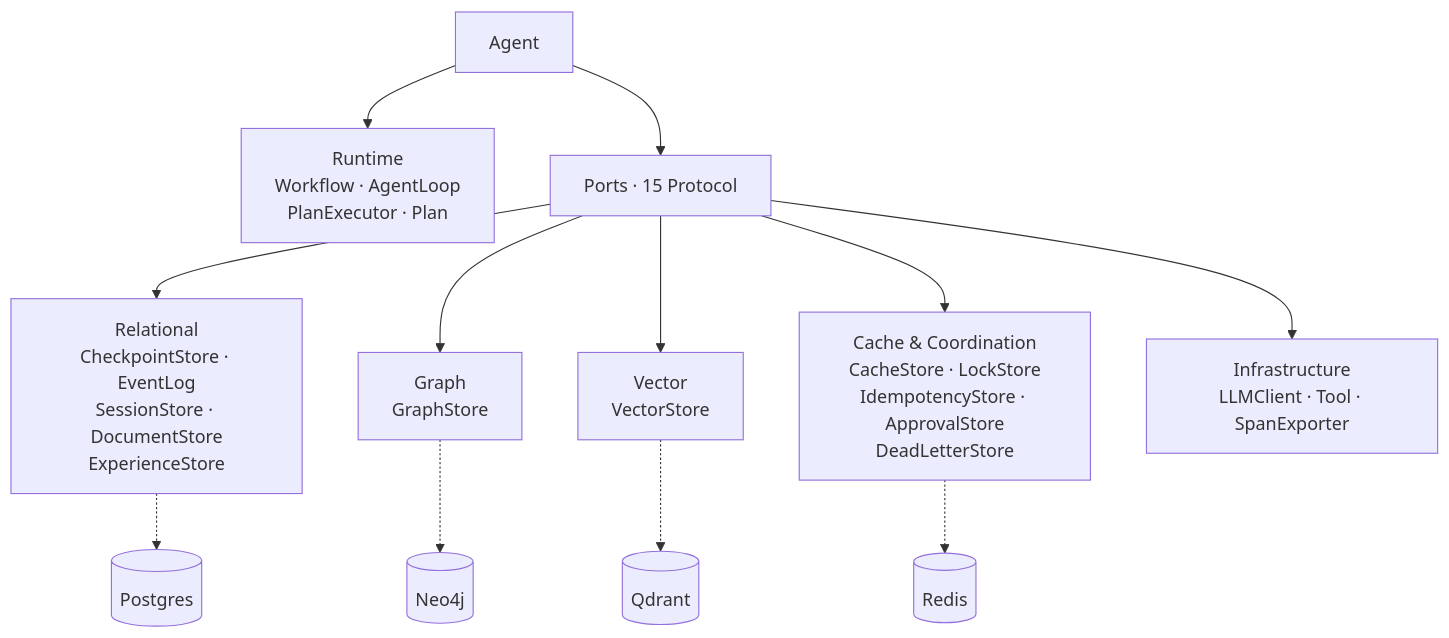
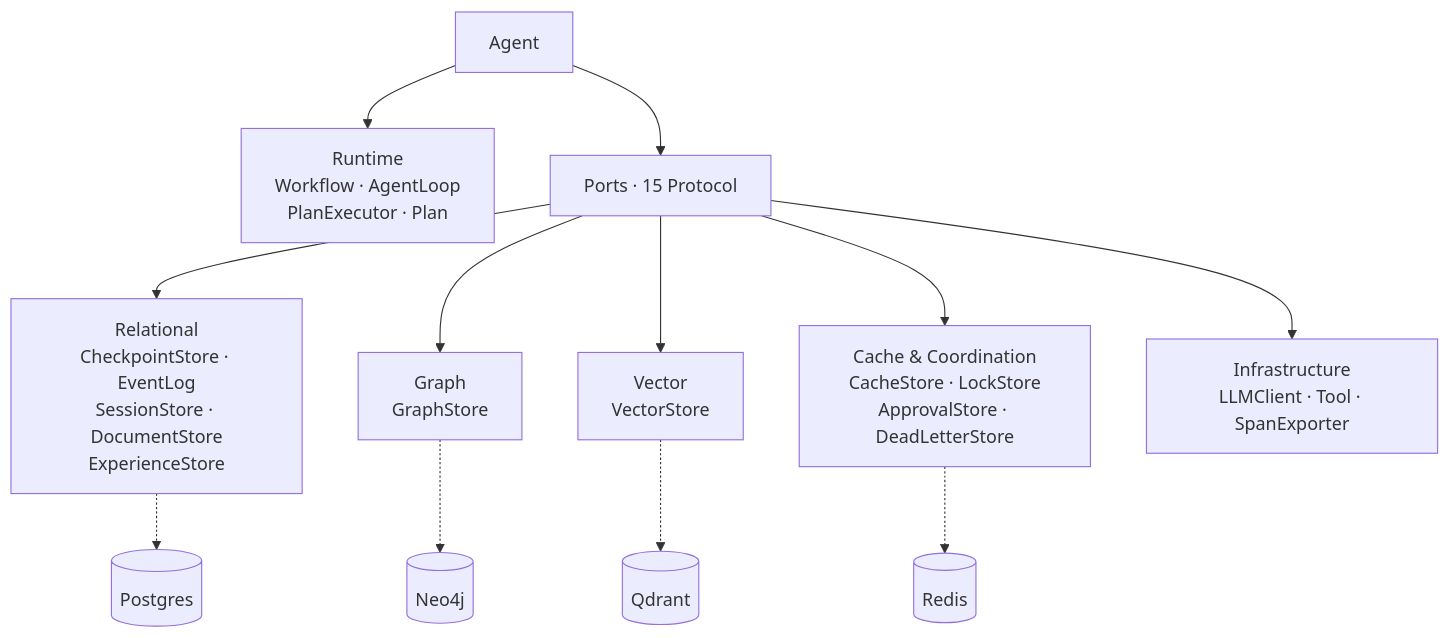
Before and after one commit to limenagent/prodagent: the third of 3 diagrams in README.en.md, drawn with Mermaid. The commit also changed 30 other files, not shown here.

````diff
--- a/README.en.md
+++ b/README.en.md
@@ -242,14 +242,14 @@
 ```mermaid
 graph TD
     A[Agent] --> RT[Runtime<br/>Workflow · AgentLoop<br/>PlanExecutor · Plan]
     A --> P[Ports · 15 Protocol]
     P --> R[Relational<br/>CheckpointStore · EventLog<br/>SessionStore · DocumentStore<br/>ExperienceStore]
     P --> G[Graph<br/>GraphStore]
     P --> V[Vector<br/>VectorStore]
-    P --> T[Cache & Coordination<br/>CacheStore · LockStore<br/>IdempotencyStore · ApprovalStore<br/>DeadLetterStore]
+    P --> T[Cache & Coordination<br/>CacheStore · LockStore<br/>ApprovalStore · DeadLetterStore]
     P --> X[Infrastructure<br/>LLMClient · Tool · SpanExporter]
     R -.-> PG[(Postgres)]
     G -.-> NEO[(Neo4j)]
     V -.-> QD[(Qdrant)]
     T -.-> RD[(Redis)]
 ```
````
